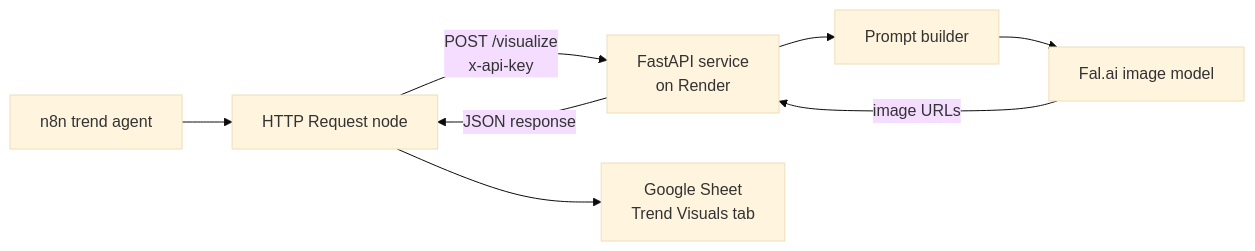
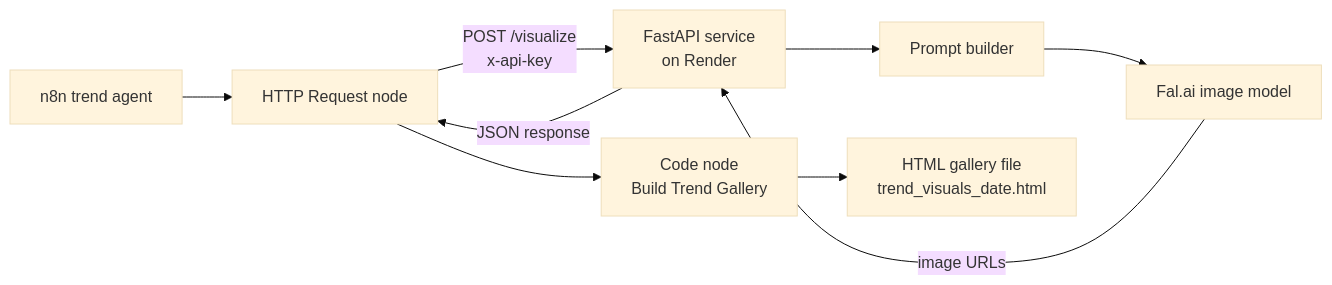
Before and after one commit to Devarsh05/trend-visualiser: the diagram in docs/PRD.md, drawn with Mermaid (base theme). The commit also changed other lines of this file and 7 other files, not shown here.

First line of the commit message:
Phase 2: replace Google Sheets output with HTML trend gallery

````diff
--- a/docs/PRD.md
+++ b/docs/PRD.md
@@ -56,10 +56,11 @@
 ```mermaid
 flowchart LR
     A[n8n trend agent] --> B[HTTP Request node]
     B -->|POST /visualize<br/>x-api-key| C[FastAPI service<br/>on Render]
     C --> D[Prompt builder]
     D --> E[Fal.ai image model]
     E -->|image URLs| C
     C -->|JSON response| B
-    B --> F[Google Sheet<br/>Trend Visuals tab]
+    B --> F[Code node<br/>Build Trend Gallery]
+    F --> G[HTML gallery file<br/>trend_visuals_date.html]
 ```
````
